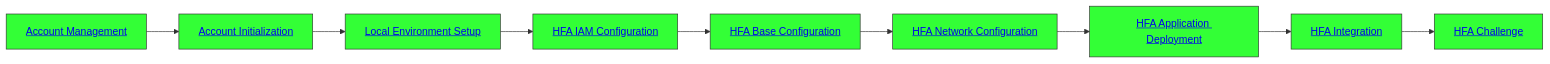
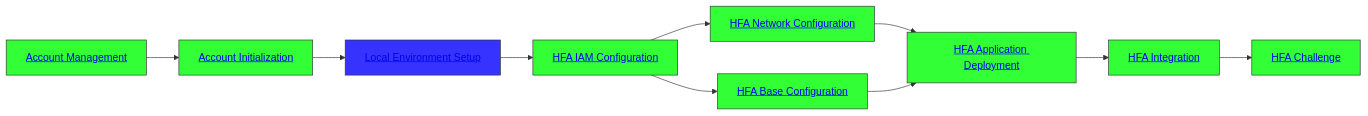
The diagram in workshop/Readme.md (Huawei-APAC-Professional-Services/hfa-workshop), drawn with Mermaid before and after one commit.

````diff
--- a/workshop/Readme.md
+++ b/workshop/Readme.md
@@ -40,21 +40,22 @@
 ```mermaid
 flowchart LR
     Account[<a href='https://github.com/Huawei-APAC-Professional-Services/hfa-workshop/blob/main/workshop/content/01_Account_Management.md'>Account Management</a>]
     style Account fill:#33FF36,stroke:#333,stroke-width:1px
     Account --> AccountInitialization[<a href='https://github.com/Huawei-APAC-Professional-Services/hfa-workshop/blob/main/workshop/content/02_Account_Initialization.md'>Account Initialization</a>]
     style AccountInitialization fill:#33FF36,stroke:#333,stroke-width:1px
     AccountInitialization --> LocalEnvironmentSetup[<a href='https://github.com/Huawei-APAC-Professional-Services/hfa-workshop/blob/main/workshop/content/03_Local_Env_Setup.md'>Local Environment Setup</a>]
-    style LocalEnvironmentSetup fill:#33FF36,stroke:#333,stroke-width:1px
+    style LocalEnvironmentSetup fill:#3633FF,stroke:#333,stroke-width:1px
     LocalEnvironmentSetup --> HFA_IAM_Configuration[<a href='https://github.com/Huawei-APAC-Professional-Services/hfa-workshop/blob/main/workshop/content/04_HFA_IAM_Configuration.md'>HFA IAM Configuration</a>]
     style HFA_IAM_Configuration fill:#33FF36,stroke:#333,stroke-width:1px
     HFA_IAM_Configuration --> HFA_Base_Configuration[<a href='https://github.com/Huawei-APAC-Professional-Services/hfa-workshop/blob/main/workshop/content/05_HFA_Base_Configuration.md'>HFA Base Configuration</a>]
     style HFA_Base_Configuration fill:#33FF36,stroke:#333,stroke-width:1px
-    HFA_Base_Configuration --> HFA_Network_Configuration[<a href='https://github.com/Huawei-APAC-Professional-Services/hfa-workshop/blob/main/workshop/content/06_HFA_Network_Configuration.md'>HFA Network Configuration</a>]
+     HFA_IAM_Configuration --> HFA_Network_Configuration[<a href='https://github.com/Huawei-APAC-Professional-Services/hfa-workshop/blob/main/workshop/content/06_HFA_Network_Configuration.md'>HFA Network Configuration</a>]
     style HFA_Network_Configuration fill:#33FF36,stroke:#333,stroke-width:1px
     HFA_Network_Configuration --> HFA_Application_Deployment[<a href='https://github.com/Huawei-APAC-Professional-Services/hfa-workshop/blob/main/workshop/content/07_HFA_Application_Deployment.md'>HFA Application Deployment</a>]
+    HFA_Base_Configuration --> HFA_Application_Deployment
     style HFA_Application_Deployment fill:#33FF36,stroke:#333,stroke-width:1px
     HFA_Application_Deployment --> HFA_Integration[<a href='https://github.com/Huawei-APAC-Professional-Services/hfa-workshop/blob/main/workshop/content/08_HFA_Integration.md'>HFA Integration</a>]
     style HFA_Integration fill:#33FF36,stroke:#333,stroke-width:1px
     HFA_Integration --> HFA_Challenge[<a href='https://github.com/Huawei-APAC-Professional-Services/hfa-workshop/blob/main/workshop/content/09_HFA_Challenge.md'>HFA Challenge</a>]
     style HFA_Challenge fill:#33FF36,stroke:#333,stroke-width:1px
 ```
````
